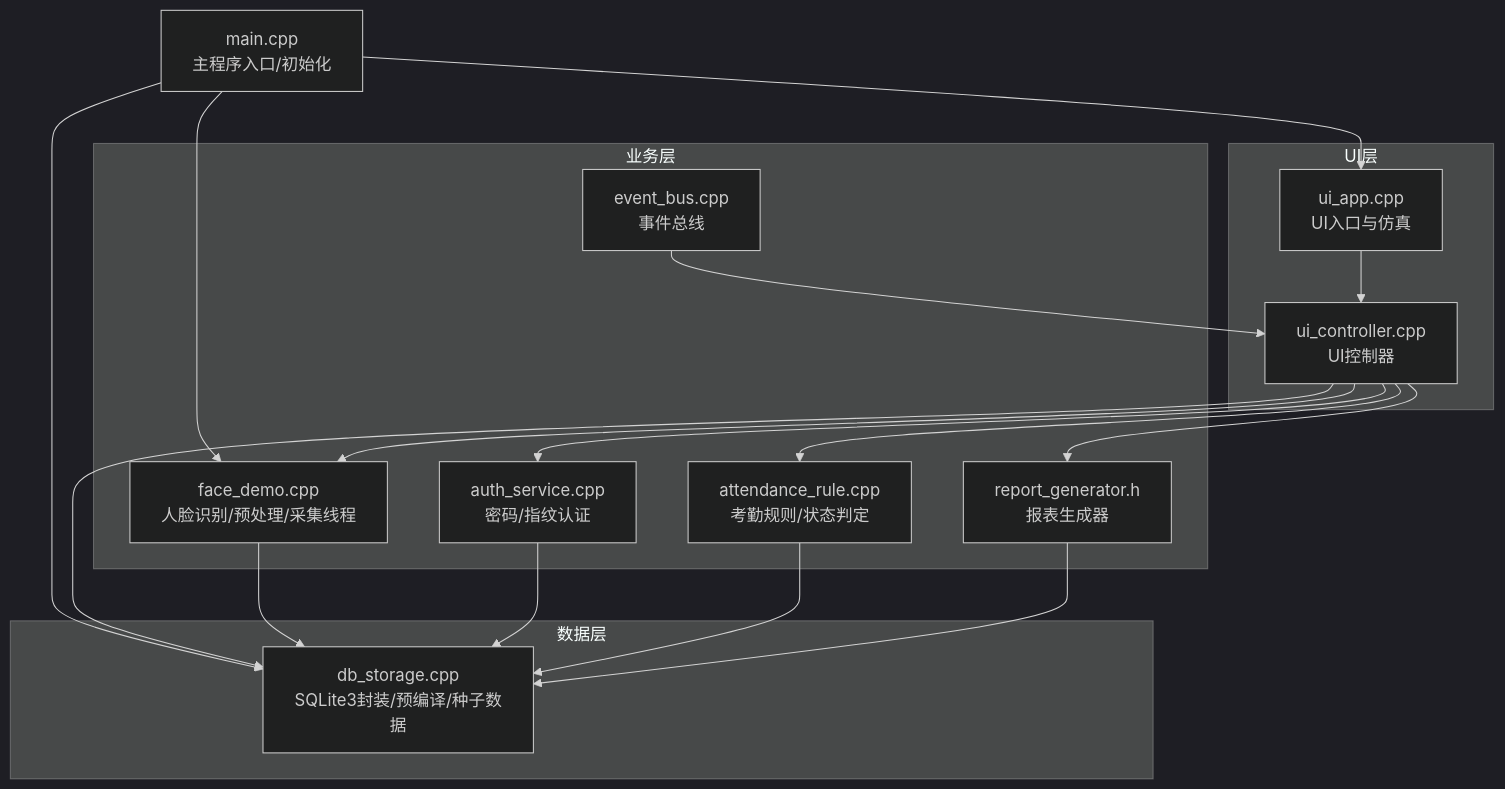
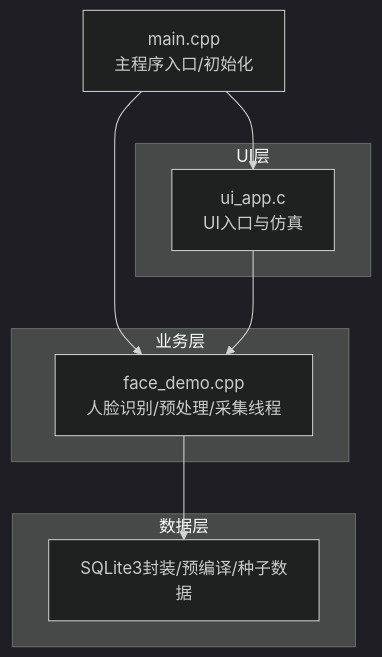
One commit to Drunk552/SmartAttendance changed the first of 4 diagrams in .qoder/repowiki/zh/content/功能模块详解.md. Above: the diagram before and after it, drawn with Mermaid (dark theme). The commit also changed other lines of this file and 26 other files, not shown here.

````diff
--- a/.qoder/repowiki/zh/content/功能模块详解.md
+++ b/.qoder/repowiki/zh/content/功能模块详解.md
@@ -38,32 +29,17 @@
 ```mermaid
 graph TB
 subgraph "UI层"
-UIApp["ui_app.cpp<br/>UI入口与仿真"]
-UIController["ui_controller.cpp<br/>UI控制器"]
+UIApp["ui_app.c<br/>UI入口与仿真"]
 end
 subgraph "业务层"
 FaceDemo["face_demo.cpp<br/>人脸识别/预处理/采集线程"]
-AuthService["auth_service.cpp<br/>密码/指纹认证"]
-AttRule["attendance_rule.cpp<br/>考勤规则/状态判定"]
-EventBus["event_bus.cpp<br/>事件总线"]
-ReportGen["report_generator.h<br/>报表生成器"]
 end
 subgraph "数据层"
-DB["db_storage.cpp<br/>SQLite3封装/预编译/种子数据"]
+DB["SQLite3封装/预编译/种子数据"]
 end
 Main["main.cpp<br/>主程序入口/初始化"]
 Main --> UIApp
 Main --> FaceDemo
-Main --> DB
-UIApp --> UIController
-UIController --> FaceDemo
-UIController --> AuthService
-UIController --> AttRule
-UIController --> ReportGen
-UIController --> DB
+UIApp --> FaceDemo
 FaceDemo --> DB
-AuthService --> DB
-AttRule --> DB
-ReportGen --> DB
-EventBus --> UIController
 ```
````
